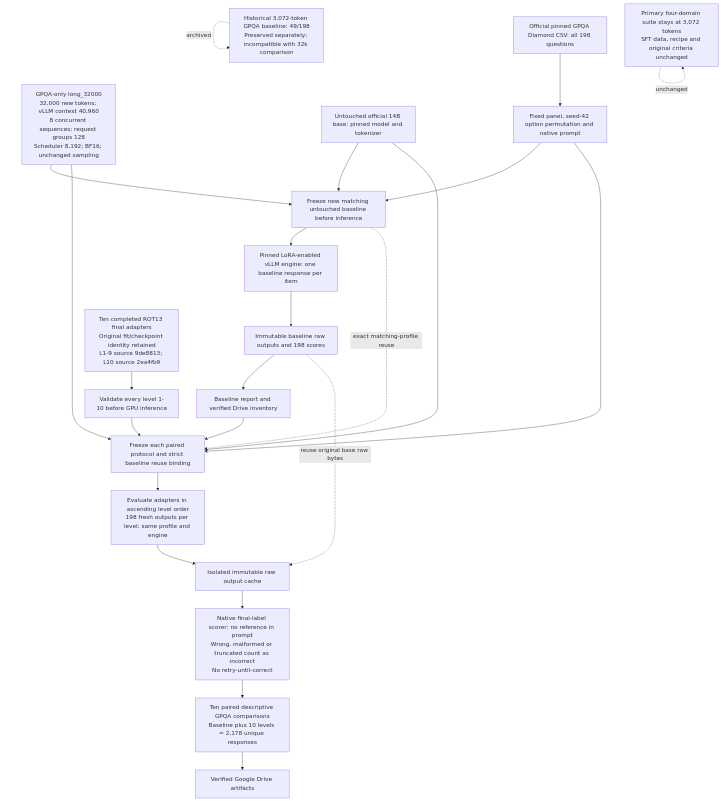
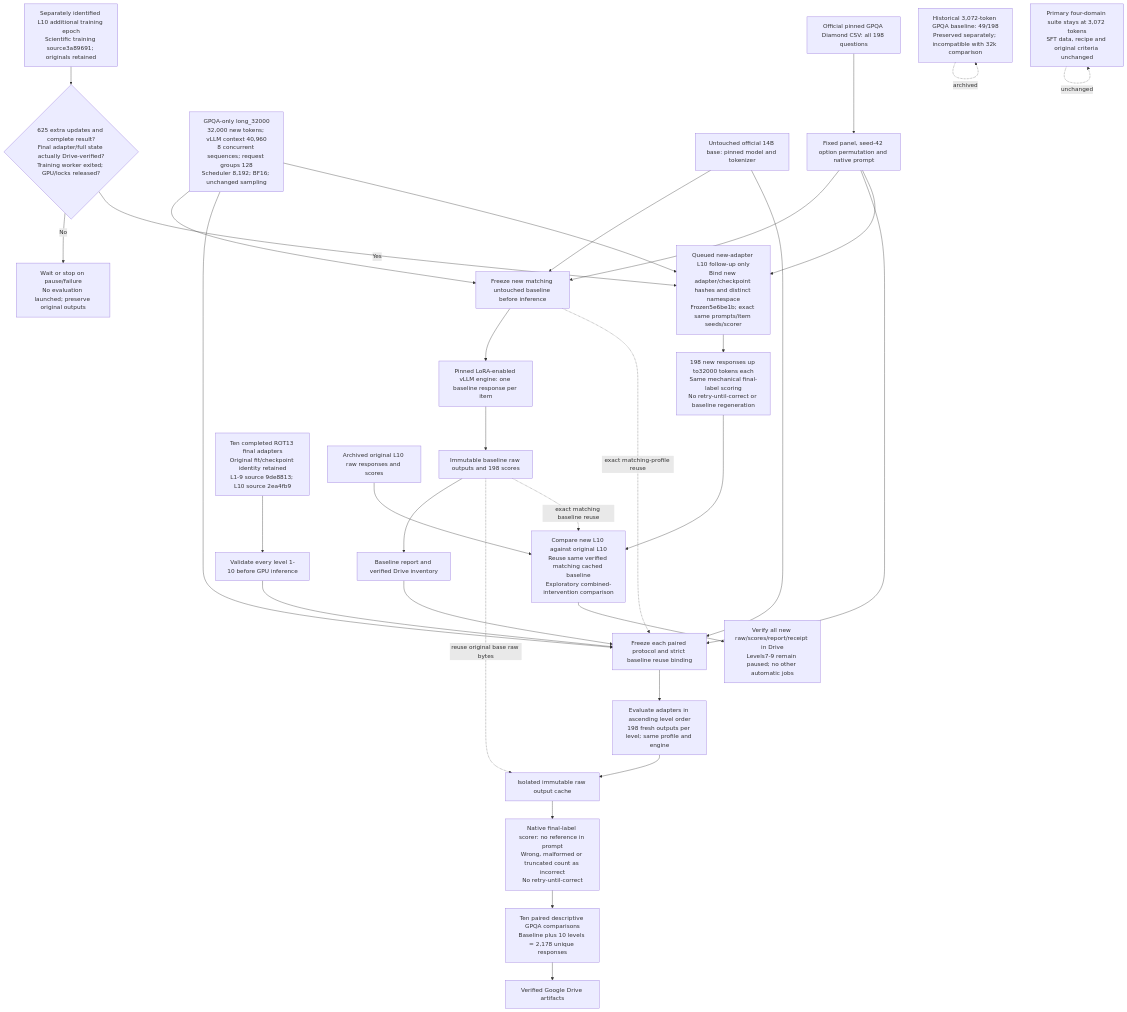
One commit to AJUNNYC/inducing_persistent_textual_chain_of_thought_illegibility changed the diagram in spec/mermaid/workflows/evaluation/supplemental_gpqa.mmd. Above: the diagram before and after it, drawn with Mermaid. The commit also changed 16 other files, not shown here.

```diff
--- a/spec/mermaid/workflows/evaluation/supplemental_gpqa.mmd
+++ b/spec/mermaid/workflows/evaluation/supplemental_gpqa.mmd
@@ -1,23 +1,35 @@
 flowchart TD
+%% 16Oct user-authorized additional-epoch L10 follow-up queued; original levels7-9 paused.
+%% Scientific evaluator remains frozen5e6be1b; new adapter/protocol namespace, same settings/seeds/scorer.
     O[Official pinned GPQA Diamond CSV: all 198 questions] --> P[Fixed panel, seed-42 option permutation and native prompt]
     PROFILE[GPQA-only long_32000<br/>32,000 new tokens; vLLM context 40,960<br/>8 concurrent sequences; request groups 128<br/>Scheduler 8,192; BF16; unchanged sampling] --> BF
     P --> BF[Freeze new matching untouched baseline before inference]
     B[Untouched official 14B base: pinned model and tokenizer] --> BF
     BF --> BG[Pinned LoRA-enabled vLLM engine: one baseline response per item]
     BG --> BR[Immutable baseline raw outputs and 198 scores]
     BR --> BD[Baseline report and verified Drive inventory]
     A[Ten completed ROT13 final adapters<br/>Original fit/checkpoint identity retained<br/>L1-9 source 9de8813; L10 source 2ea4fb9] --> V[Validate every level 1-10 before GPU inference]
     V --> F[Freeze each paired protocol and strict baseline reuse binding]
     P --> F
     PROFILE --> F
     BD --> F
     B --> F
     BF -. exact matching-profile reuse .-> F
     BR -. reuse original base raw bytes .-> R
     F --> G[Evaluate adapters in ascending level order<br/>198 fresh outputs per level; same profile and engine]
     G --> R[Isolated immutable raw output cache]
     R --> S[Native final-label scorer: no reference in prompt<br/>Wrong, malformed or truncated count as incorrect<br/>No retry-until-correct]
     S --> C[Ten paired descriptive GPQA comparisons<br/>Baseline plus 10 levels = 2,178 unique responses]
     C --> D[Verified Google Drive artifacts]
+    EXTRA[Separately identified L10 additional training epoch<br/>Scientific training source3a89691; originals retained] --> GATE{625 extra updates and complete result?<br/>Final adapter/full state actually Drive-verified?<br/>Training worker exited; GPU/locks released?}
+    GATE -->|No| HOLD[Wait or stop on pause/failure<br/>No evaluation launched; preserve original outputs]
+    GATE -->|Yes| POST[Queued new-adapter L10 follow-up only<br/>Bind new adapter/checkpoint hashes and distinct namespace<br/>Frozen5e6be1b; exact same prompts/item seeds/scorer]
+    PROFILE --> POST
+    P --> POST
+    POST --> POSTRAW[198 new responses up to32000 tokens each<br/>Same mechanical final-label scoring<br/>No retry-until-correct or baseline regeneration]
+    POSTRAW --> POSTREPORT[Compare new L10 against original L10<br/>Reuse same verified matching cached baseline<br/>Exploratory combined-intervention comparison]
+    BR -. exact matching baseline reuse .-> POSTREPORT
+    ORIGINAL10[Archived original L10 raw responses and scores] --> POSTREPORT
+    POSTREPORT --> POSTDRIVE[Verify all new raw/scores/report/receipt in Drive<br/>Levels7-9 remain paused; no other automatic jobs]
     OLD[Historical 3,072-token GPQA baseline: 49/198<br/>Preserved separately; incompatible with 32k comparison] -. archived .-> OLD
     X[Primary four-domain suite stays at 3,072 tokens<br/>SFT data, recipe and original criteria unchanged] -. unchanged .-> X
```
